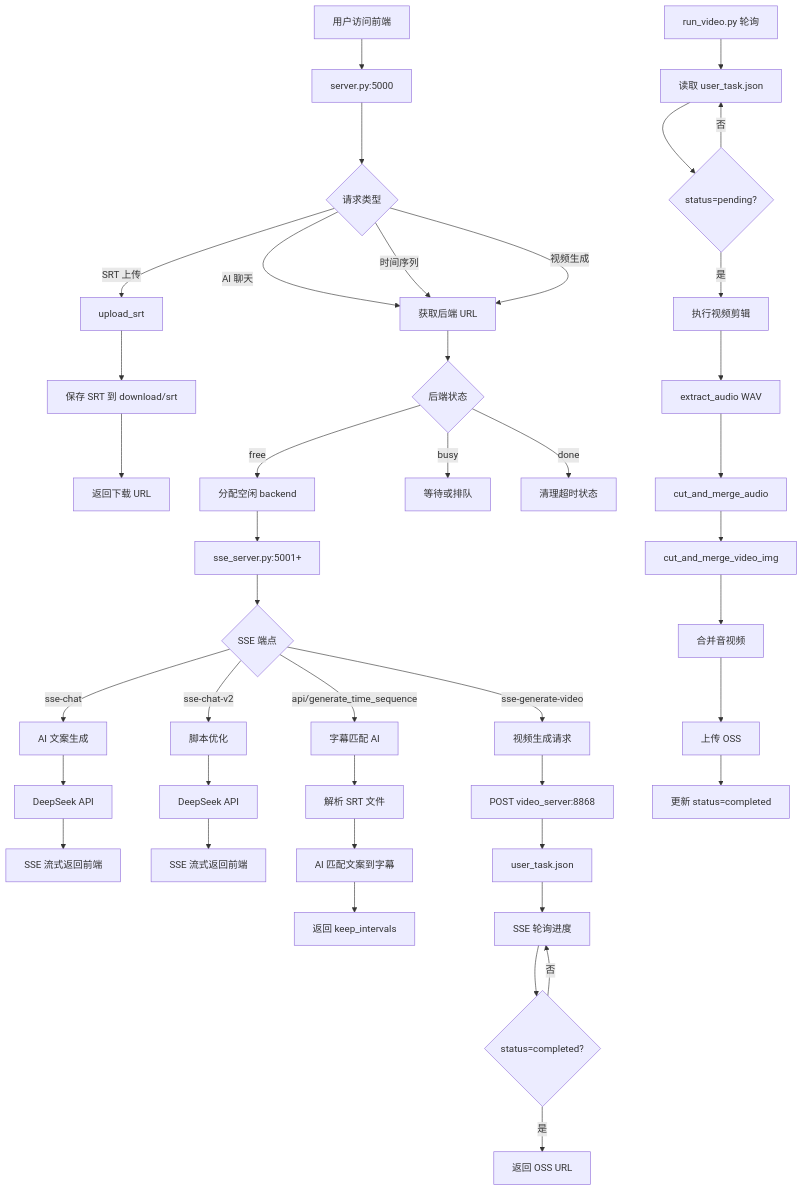
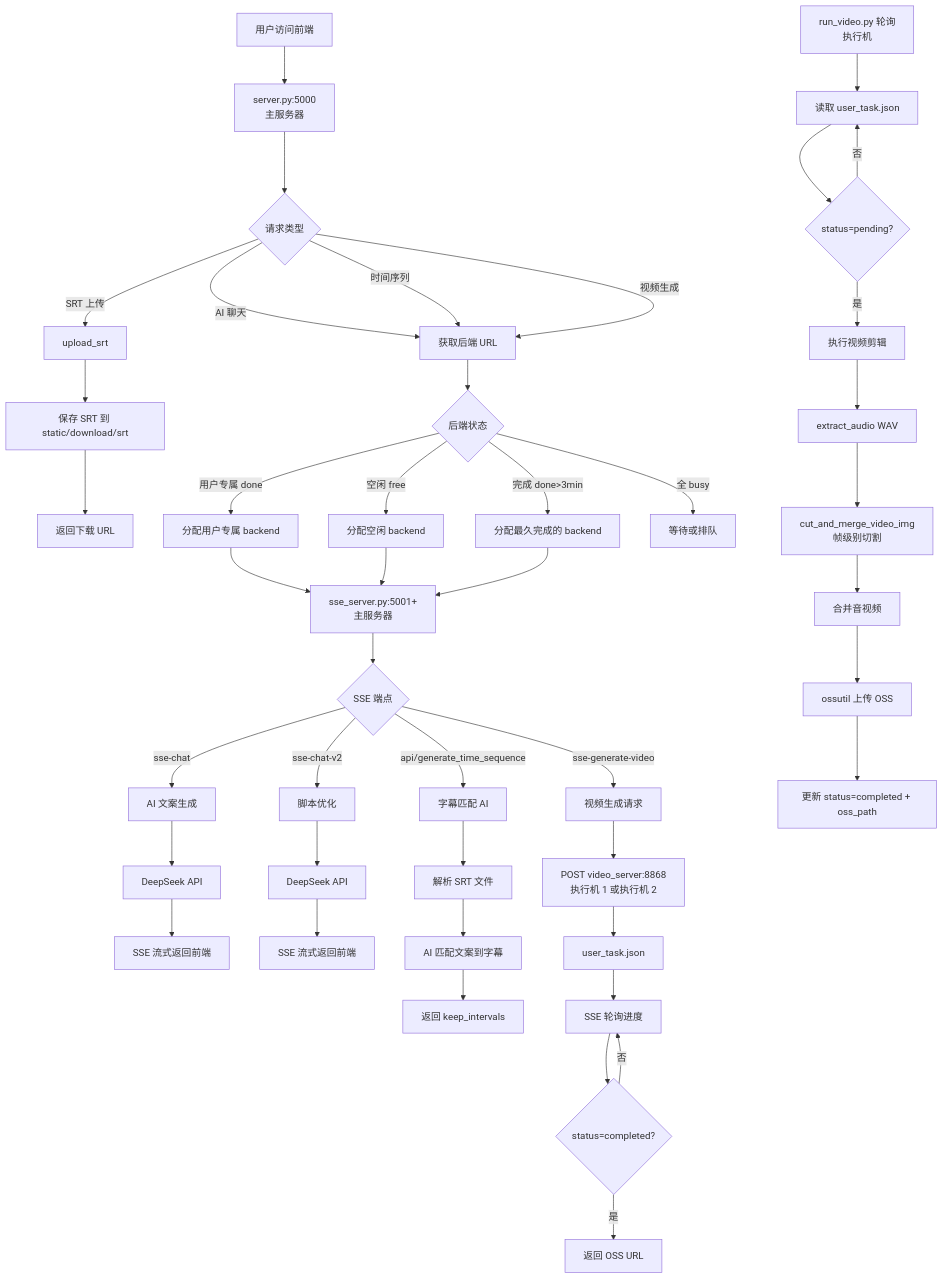
The first of 2 diagrams in TECHNICAL_DOCS.md (nii8/split_video), drawn with Mermaid before and after one commit. The commit also changed other lines of this file, not shown here.

````diff
--- a/TECHNICAL_DOCS.md
+++ b/TECHNICAL_DOCS.md
@@ -123,56 +123,58 @@
 ```mermaid
 flowchart TD
-    A[用户访问前端] --> B[server.py:5000]
+    A[用户访问前端] --> B[server.py:5000<br/>主服务器]
     B --> C{请求类型}
 
     C -->|SRT 上传 | D[upload_srt]
     C -->|AI 聊天 | E[获取后端 URL]
     C -->|时间序列 | E
     C -->|视频生成 | E
 
-    D --> D1[保存 SRT 到 download/srt]
+    D --> D1[保存 SRT 到 static/download/srt]
     D1 --> D2[返回下载 URL]
 
     E --> F{后端状态}
-    F -->|free| G[分配空闲 backend]
-    F -->|busy| H[等待或排队]
-    F -->|done| I[清理超时状态]
+    F -->|用户专属 done| G1[分配用户专属 backend]
+    F -->|空闲 free| G2[分配空闲 backend]
+    F -->|完成 done>3min| G3[分配最久完成的 backend]
+    F -->|全 busy| H[等待或排队]
 
-    G --> J[sse_server.py:5001+]
+    G1 --> J[sse_server.py:5001+<br/>主服务器]
+    G2 --> J
+    G3 --> J
 
     J --> J1{SSE 端点}
     J1 -->|sse-chat| K[AI 文案生成]
     J1 -->|sse-chat-v2| L[脚本优化]
     J1 -->|api/generate_time_sequence| M[字幕匹配 AI]
     J1 -->|sse-generate-video| N[视频生成请求]
 
     K --> K1[DeepSeek API]
     K1 --> K2[SSE 流式返回前端]
 
     L --> L1[DeepSeek API]
     L1 --> L2[SSE 流式返回前端]
 
     M --> M1[解析 SRT 文件]
     M1 --> M2[AI 匹配文案到字幕]
     M2 --> M3[返回 keep_intervals]
 
-    N --> N1[POST video_server:8868]
+    N --> N1[POST video_server:8868<br/>执行机 1 或执行机 2]
     N1 --> N2[user_task.json]
     N2 --> N3[SSE 轮询进度]
 
-    O[run_video.py 轮询] --> O1[读取 user_task.json]
+    O[run_video.py 轮询<br/>执行机] --> O1[读取 user_task.json]
     O1 --> O2{status=pending?}
     O2 -->|是 | O3[执行视频剪辑]
     O2 -->|否 | O1
 
     O3 --> P[extract_audio WAV]
-    P --> Q[cut_and_merge_audio]
-    Q --> R[cut_and_merge_video_img]
-    R --> S[合并音视频]
-    S --> T[上传 OSS]
-    T --> U[更新 status=completed]
+    P --> Q[cut_and_merge_video_img<br/>帧级别切割]
+    Q --> R[合并音视频]
+    R --> S[ossutil 上传 OSS]
+    S --> T[更新 status=completed + oss_path]
 
     N3 --> V{status=completed?}
     V -->|是 | W[返回 OSS URL]
     V -->|否 | N3
 ```
````
